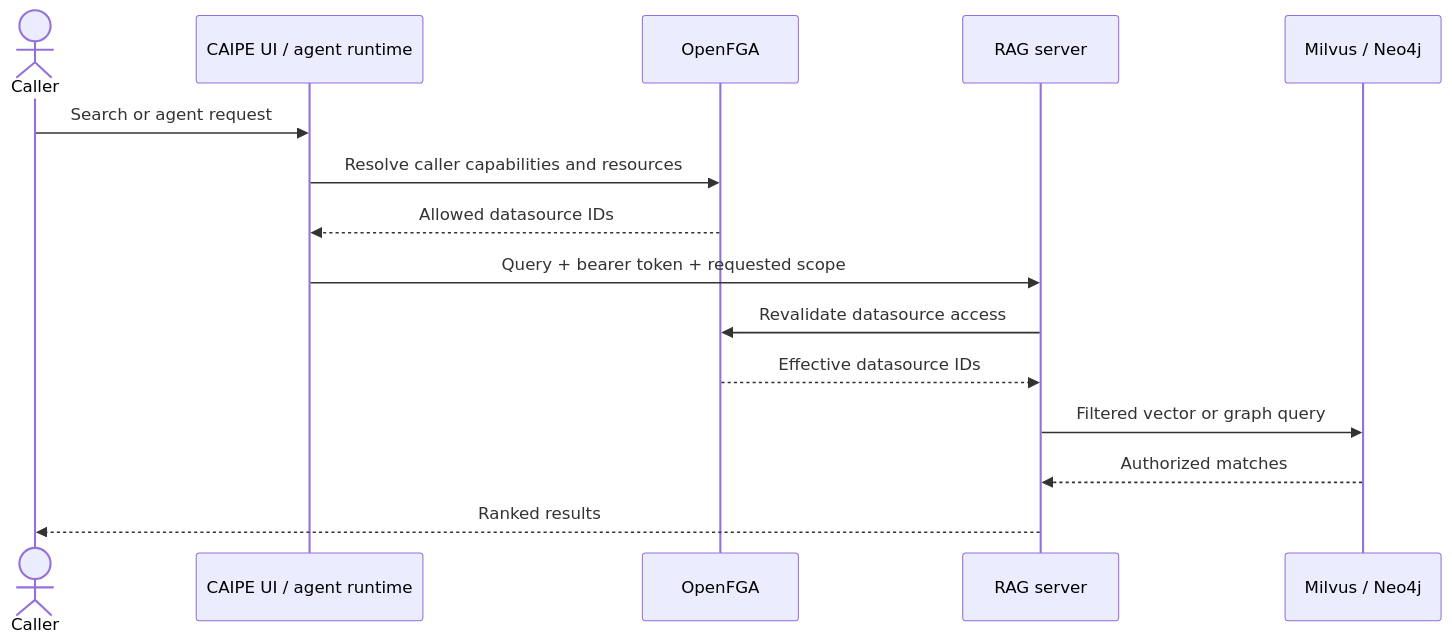
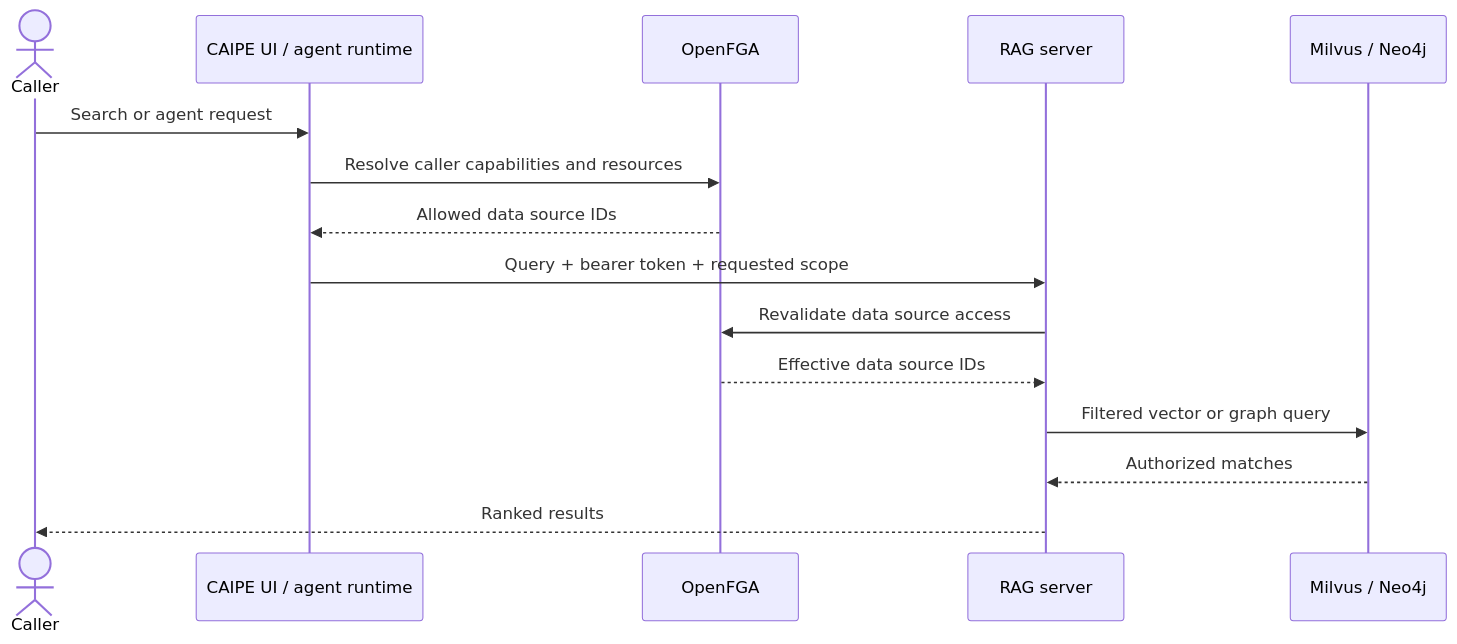
Before and after one commit to cnoe-io/ai-platform-engineering: the fourth of 4 diagrams in docs/docs/knowledge_bases/architecture.md, drawn with Mermaid. The commit also changed other lines of this file and 6 other files, not shown here.

````diff
--- a/docs/docs/knowledge_bases/architecture.md
+++ b/docs/docs/knowledge_bases/architecture.md
@@ -100,18 +112,18 @@
 ```mermaid
 sequenceDiagram
   actor Caller
   participant UI as CAIPE UI / agent runtime
   participant FGA as OpenFGA
   participant RAG as RAG server
   participant DB as Milvus / Neo4j
 
   Caller->>UI: Search or agent request
   UI->>FGA: Resolve caller capabilities and resources
-  FGA-->>UI: Allowed datasource IDs
+  FGA-->>UI: Allowed data source IDs
   UI->>RAG: Query + bearer token + requested scope
-  RAG->>FGA: Revalidate datasource access
-  FGA-->>RAG: Effective datasource IDs
+  RAG->>FGA: Revalidate data source access
+  FGA-->>RAG: Effective data source IDs
   RAG->>DB: Filtered vector or graph query
   DB-->>RAG: Authorized matches
   RAG-->>Caller: Ranked results
 ```
````
